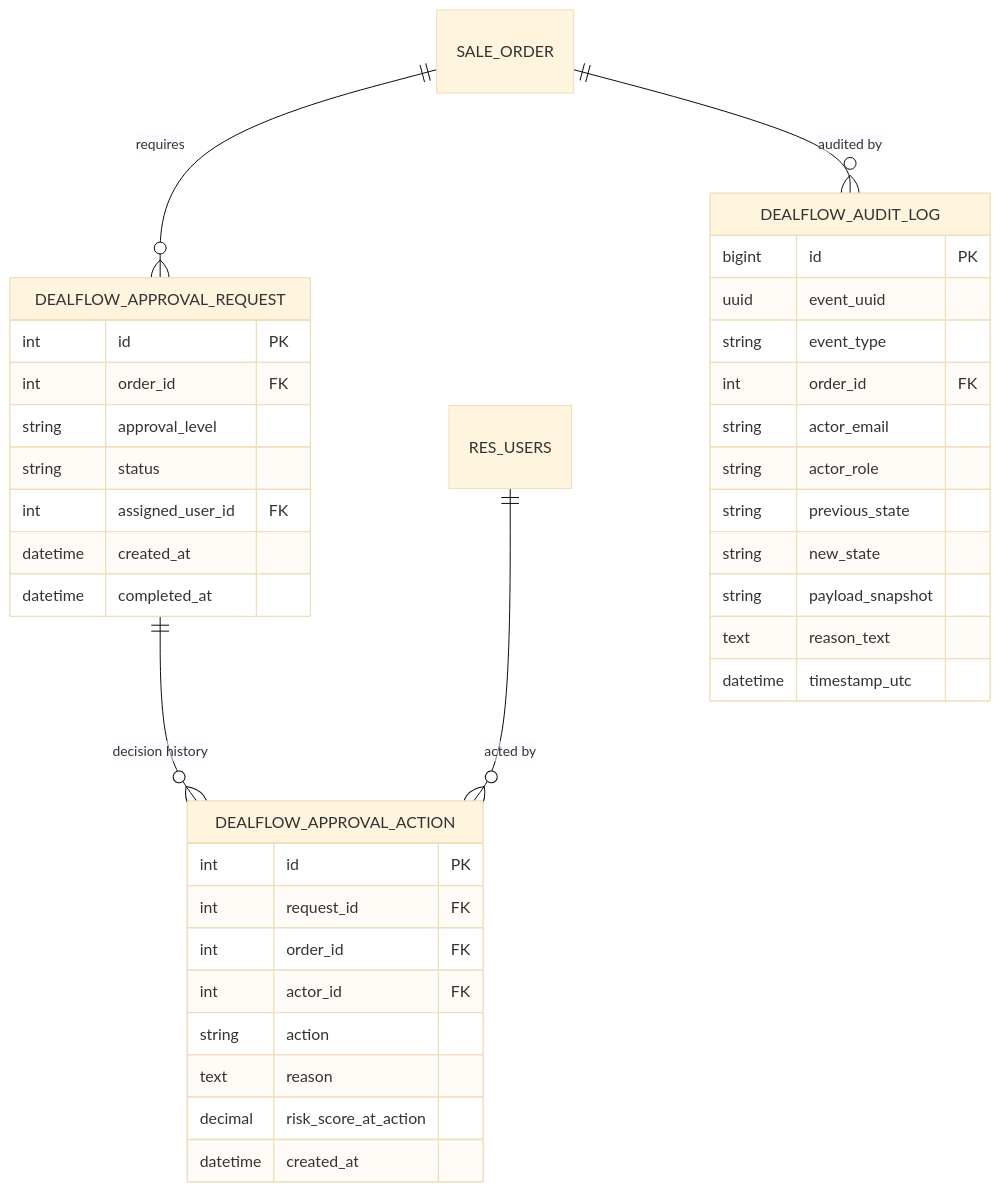
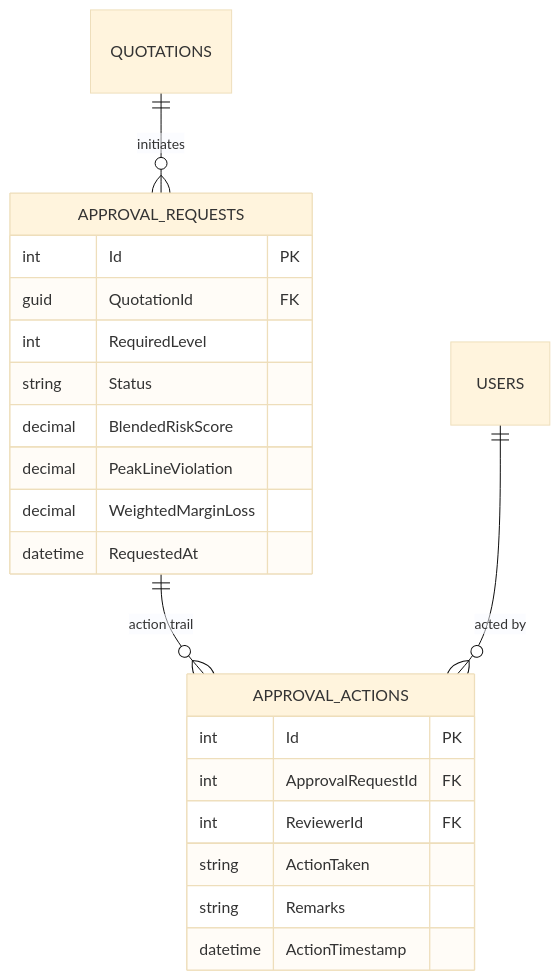
Before and after one commit to aniruddh209/Odoo-Heckathon-Gandhinagar: the fourth of 9 diagrams in docs/database/DEALFLOW360_ERD.md, drawn with Mermaid (base theme). The commit also changed other lines of this file and 10 other files, not shown here.

Commit message:
chore(architecture): lock stack to React + ASP.NET Core + SQL Server and align documentation

````diff
--- a/docs/database/DEALFLOW360_ERD.md
+++ b/docs/database/DEALFLOW360_ERD.md
@@ -138,42 +135,26 @@
 ```mermaid
 erDiagram
-    SALE_ORDER ||--o{ DEALFLOW_APPROVAL_REQUEST : "requires"
-    DEALFLOW_APPROVAL_REQUEST ||--o{ DEALFLOW_APPROVAL_ACTION : "decision history"
-    RES_USERS ||--o{ DEALFLOW_APPROVAL_ACTION : "acted by"
-    SALE_ORDER ||--o{ DEALFLOW_AUDIT_LOG : "audited by"
+    QUOTATIONS ||--o{ APPROVAL_REQUESTS : "initiates"
+    APPROVAL_REQUESTS ||--o{ APPROVAL_ACTIONS : "action trail"
+    USERS ||--o{ APPROVAL_ACTIONS : "acted by"
 
-    DEALFLOW_APPROVAL_REQUEST {
-        int id PK
-        int order_id FK
-        string approval_level
-        string status
-        int assigned_user_id FK
-        datetime created_at
-        datetime completed_at
+    APPROVAL_REQUESTS {
+        int Id PK
+        guid QuotationId FK
+        int RequiredLevel
+        string Status
+        decimal BlendedRiskScore
+        decimal PeakLineViolation
+        decimal WeightedMarginLoss
+        datetime RequestedAt
     }
 
-    DEALFLOW_APPROVAL_ACTION {
-        int id PK
-        int request_id FK
-        int order_id FK
-        int actor_id FK
-        string action
-        text reason
-        decimal risk_score_at_action
-        datetime created_at
-    }
-
-    DEALFLOW_AUDIT_LOG {
-        bigint id PK
-        uuid event_uuid
-        string event_type
-        int order_id FK
-        string actor_email
-        string actor_role
-        string previous_state
-        string new_state
-        string payload_snapshot
-        text reason_text
-        datetime timestamp_utc
+    APPROVAL_ACTIONS {
+        int Id PK
+        int ApprovalRequestId FK
+        int ReviewerId FK
+        string ActionTaken
+        string Remarks
+        datetime ActionTimestamp
     }
 ```
````
